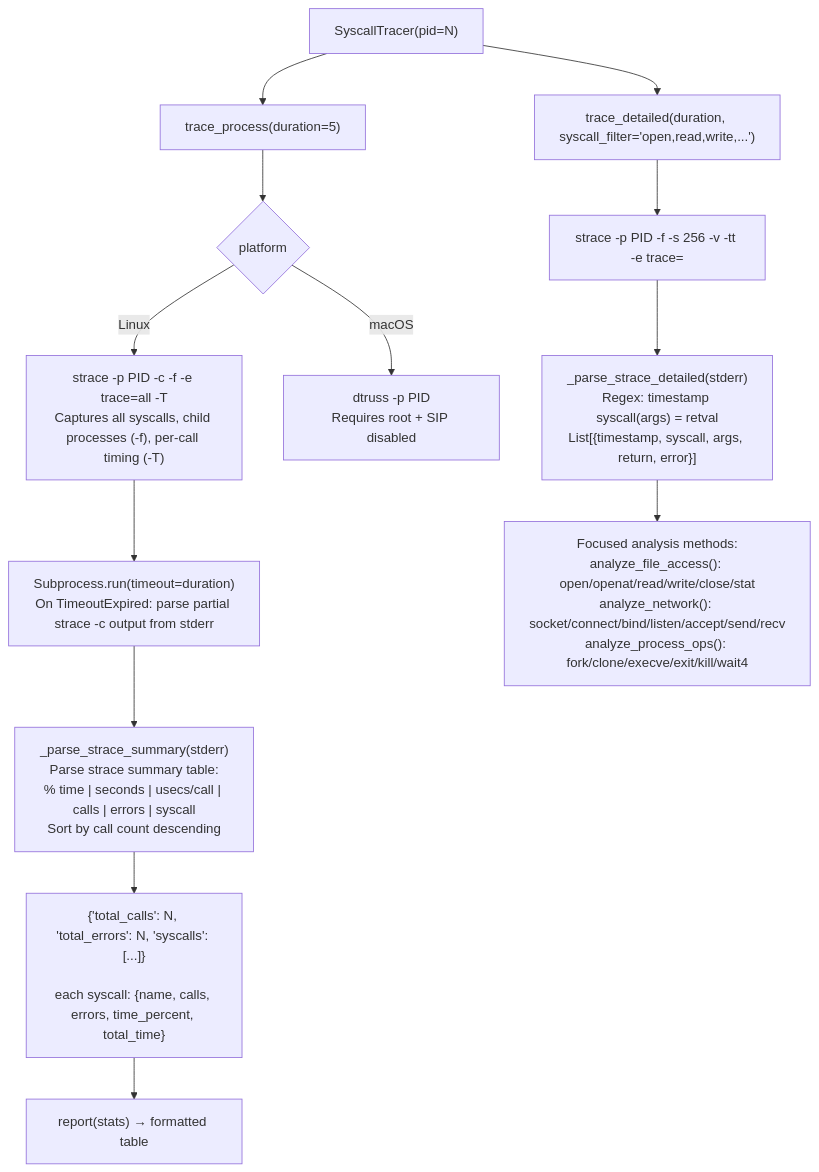
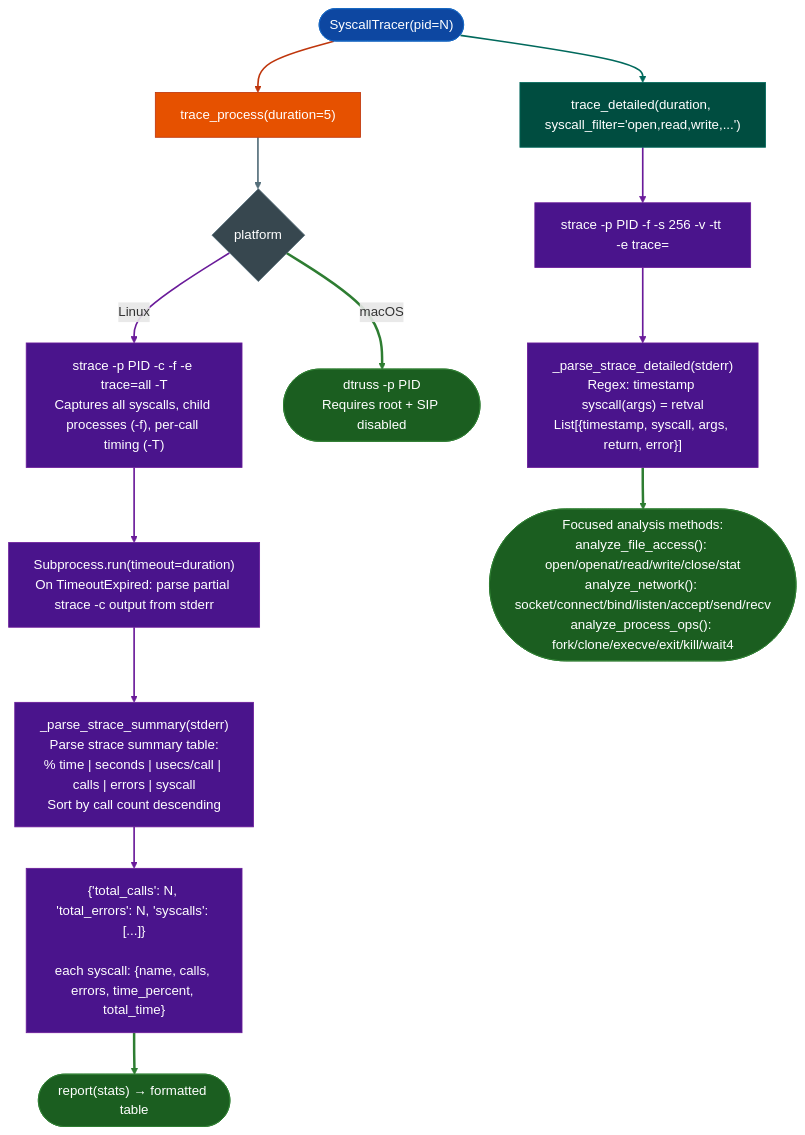
One commit to Ablation-Tool/ablation changed the diagram in docs/reference-modules/system-call-tracing.md. Above: the diagram before and after it, drawn with Mermaid. The commit also changed 320 other files, not shown here.

First line of the commit message:
docs: apply canonical Mermaid template to all 321 diagrams

````diff
--- a/docs/reference-modules/system-call-tracing.md
+++ b/docs/reference-modules/system-call-tracing.md
@@ -19,15 +19,33 @@
 ```mermaid
 flowchart TD
-    A["SyscallTracer(pid=N)"] --> B["trace_process(duration=5)"]
-    B --> C{platform}
-    C -->|Linux| D["strace -p PID -c -f -e trace=all -T\nCaptures all syscalls, child processes (-f), per-call timing (-T)"]
-    C -->|macOS| E["dtruss -p PID\nRequires root + SIP disabled"]
-    D --> F["Subprocess.run(timeout=duration)\nOn TimeoutExpired: parse partial strace -c output from stderr"]
-    F --> G["_parse_strace_summary(stderr)\nParse strace summary table:\n% time | seconds | usecs/call | calls | errors | syscall\nSort by call count descending"]
-    G --> H["{'total_calls': N, 'total_errors': N, 'syscalls': [...]}\n\neach syscall: {name, calls, errors, time_percent, total_time}"]
-    H --> I["report(stats) → formatted table"]
-    A --> J["trace_detailed(duration, syscall_filter='open,read,write,...')"]
-    J --> K["strace -p PID -f -s 256 -v -tt -e trace=<filter>\n-s 256: include up to 256 bytes of string arguments\n-v: verbose (show full structs)"]
-    K --> L["_parse_strace_detailed(stderr)\nRegex: timestamp syscall(args) = retval\nList[{timestamp, syscall, args, return, error}]"]
-    L --> M["Focused analysis methods:\nanalyze_file_access(): open/openat/read/write/close/stat\nanalyze_network(): socket/connect/bind/listen/accept/send/recv\nanalyze_process_ops(): fork/clone/execve/exit/kill/wait4"]
+    A(["SyscallTracer(pid=N)"]):::input --> B["trace_process(duration=5)"]:::primary
+    B:::primary --> C{"platform"}:::neutral
+    C:::neutral -->|Linux| D["strace -p PID -c -f -e trace=all -T\nCaptures all syscalls, child processes (-f), per-call timing (-T)"]:::tertiary
+    C:::neutral -->|macOS| E(["dtruss -p PID\nRequires root + SIP disabled"]):::output
+    D:::tertiary --> F["Subprocess.run(timeout=duration)\nOn TimeoutExpired: parse partial strace -c output from stderr"]:::tertiary
+    F:::tertiary --> G["_parse_strace_summary(stderr)\nParse strace summary table:\n% time | seconds | usecs/call | calls | errors | syscall\nSort by call count descending"]:::tertiary
+    G:::tertiary --> H["{'total_calls': N, 'total_errors': N, 'syscalls': [...]}\n\neach syscall: {name, calls, errors, time_percent, total_time}"]:::tertiary
+    H:::tertiary --> I(["report(stats) → formatted table"]):::output
+    A:::input --> J["trace_detailed(duration, syscall_filter='open,read,write,...')"]:::secondary
+    J:::secondary --> K["strace -p PID -f -s 256 -v -tt -e trace=<filter>\n-s 256: include up to 256 bytes of string arguments\n-v: verbose (show full structs)"]:::tertiary
+    K:::tertiary --> L["_parse_strace_detailed(stderr)\nRegex: timestamp syscall(args) = retval\nList[{timestamp, syscall, args, return, error}]"]:::tertiary
+    L:::tertiary --> M(["Focused analysis methods:\nanalyze_file_access(): open/openat/read/write/close/stat\nanalyze_network(): socket/connect/bind/listen/accept/send/recv\nanalyze_process_ops(): fork/clone/execve/exit/kill/wait4"]):::output
+    classDef input     fill:#0d47a1,stroke:#1565c0,color:#fff
+    classDef primary   fill:#e65100,stroke:#bf360c,color:#fff
+    classDef secondary fill:#004d40,stroke:#00695c,color:#fff
+    classDef tertiary  fill:#4a148c,stroke:#6a1b9a,color:#fff
+    classDef neutral   fill:#37474f,stroke:#546e7a,color:#fff
+    classDef output    fill:#1b5e20,stroke:#2e7d32,color:#fff
+    linkStyle 0 stroke:#bf360c,stroke-width:2px
+    linkStyle 1 stroke:#546e7a,stroke-width:2px
+    linkStyle 2 stroke:#6a1b9a,stroke-width:2px
+    linkStyle 3 stroke:#2e7d32,stroke-width:3px
+    linkStyle 4 stroke:#6a1b9a,stroke-width:2px
+    linkStyle 5 stroke:#6a1b9a,stroke-width:2px
+    linkStyle 6 stroke:#6a1b9a,stroke-width:2px
+    linkStyle 7 stroke:#2e7d32,stroke-width:3px
+    linkStyle 8 stroke:#00695c,stroke-width:2px
+    linkStyle 9 stroke:#6a1b9a,stroke-width:2px
+    linkStyle 10 stroke:#6a1b9a,stroke-width:2px
+    linkStyle 11 stroke:#2e7d32,stroke-width:3px
 ```
````
